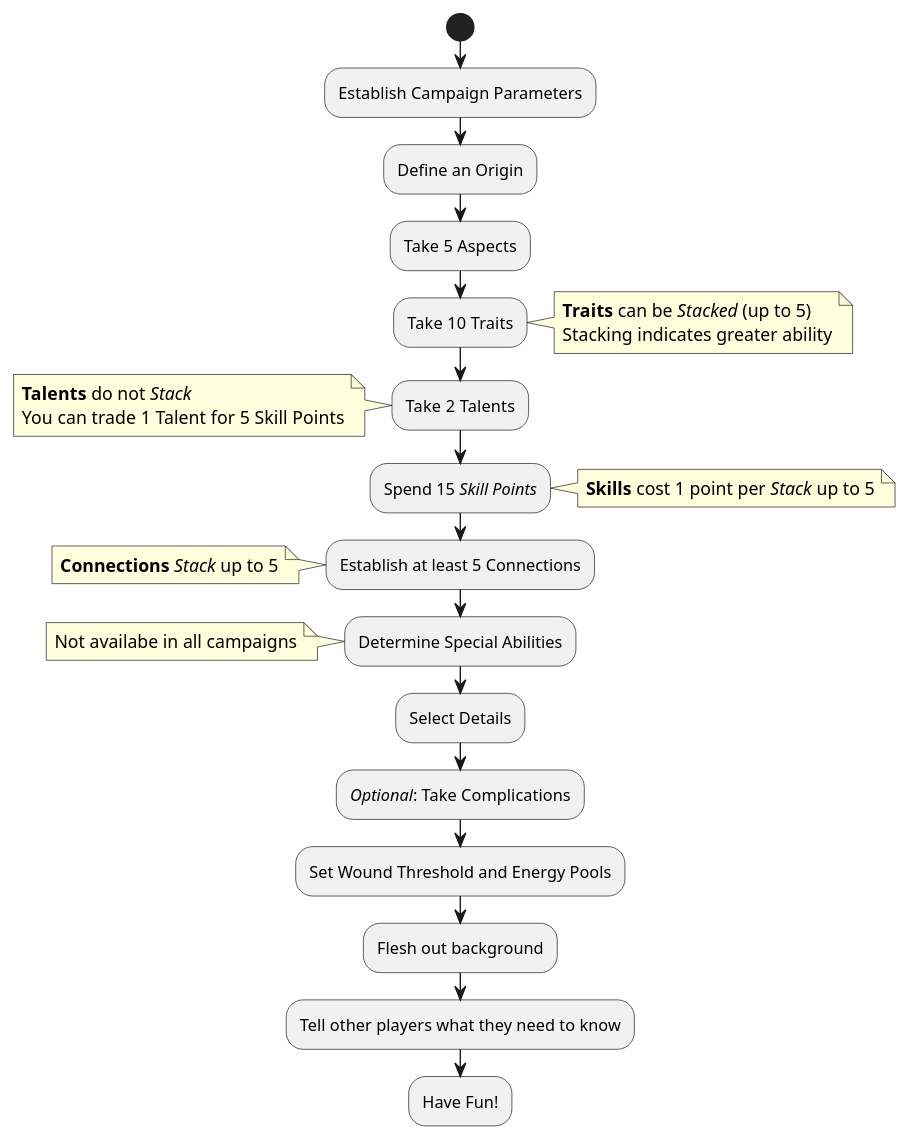
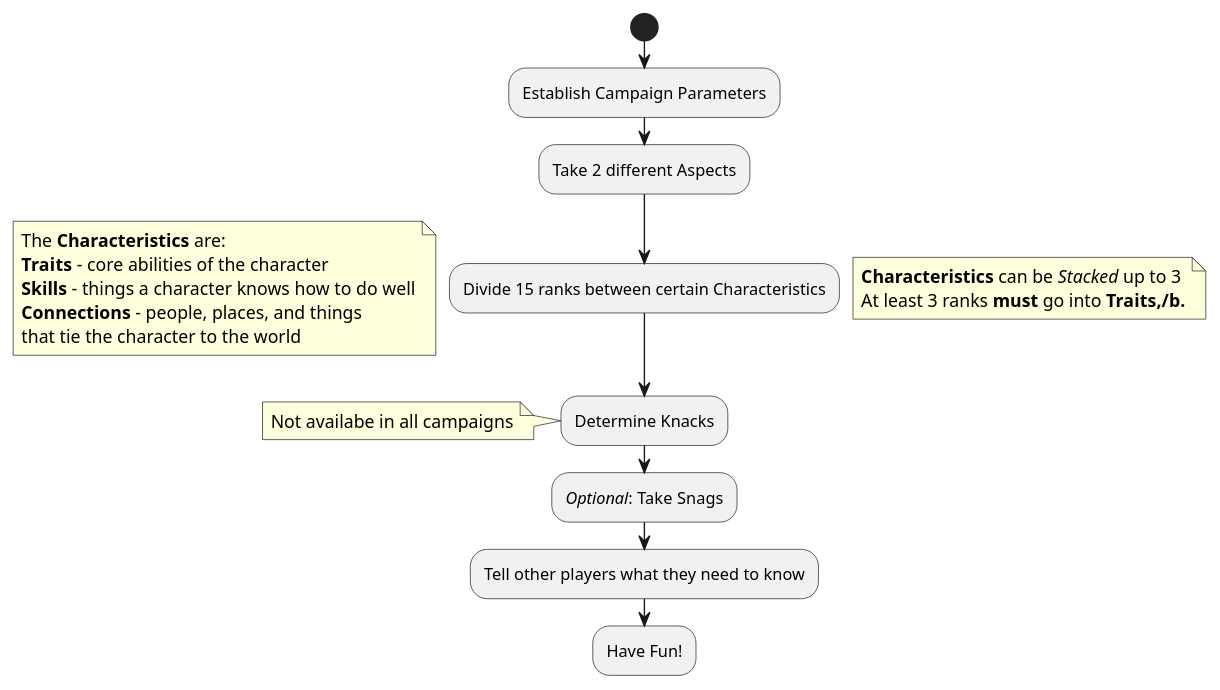
One commit to s-20/unnamed changed the diagram in CCSummary.md. Above: the diagram before and after it, drawn with PlantUML. The commit also changed other lines of this file and 13 other files, not shown here.

````diff
--- a/CCSummary.md
+++ b/CCSummary.md
@@ -15,35 +11,25 @@
 ```plantuml
 @startuml
 start
 :Establish Campaign Parameters;
-:Define an Origin;
-:Take 5 Aspects;
-:Take 10 Traits;
+:Take 2 different Aspects;
+:Divide 15 ranks between certain Characteristics;
 note right
-<b>Traits</b> can be //Stacked// (up to 5)
-Stacking indicates greater ability
+<b>Characteristics</b> can be //Stacked// up to 3
+At least 3 ranks <b>must</b> go into <b>Traits,/b.
 end note
-:Take 2 Talents;
 note left
-<b>Talents</b> do not //Stack//
-You can trade 1 Talent for 5 Skill Points
+The <b>Characteristics</b> are:
+<b>Traits</b> - core abilities of the character
+<b>Skills</b> - things a character knows how to do well
+<b>Connections</b> - people, places, and things
+that tie the character to the world
 end note
-:Spend 15 //Skill Points//;
-note right
-<b>Skills</b> cost 1 point per //Stack// up to 5
-end note
-:Establish at least 5 Connections;
-note left
-<b>Connections</b> //Stack// up to 5
-end note
-:Determine Special Abilities;
+:Determine Knacks;
 note: Not availabe in all campaigns
-:Select Details;
-://Optional//: Take Complications;
-:Set Wound Threshold and Energy Pools;
-:Flesh out background;
+://Optional//: Take Snags;
 :Tell other players what they need to know;
 :Have Fun!;
 @enduml
 stop
 ```
````
